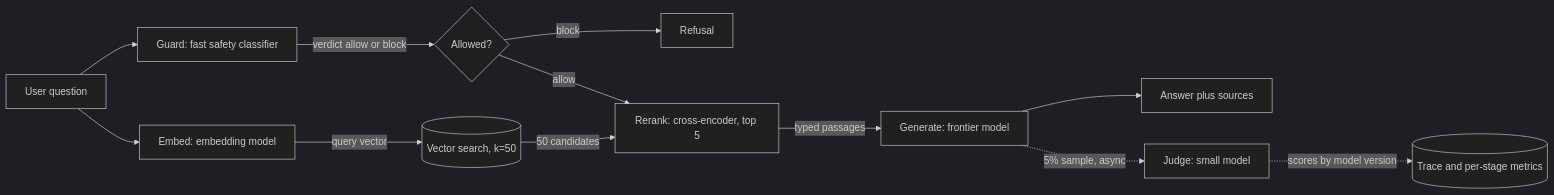
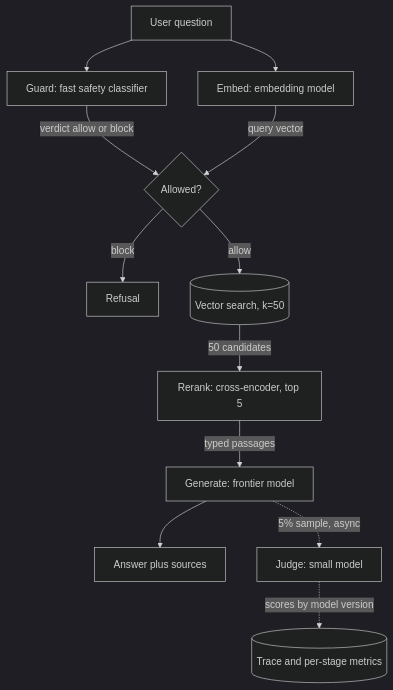
Before and after one commit to lovishmahajan97/agentic-learning: the diagram in content/system-design/multi-model-architecture.md, drawn with Mermaid (dark theme). The commit also changed other lines of this file and 81 other files, not shown here.

````diff
--- a/content/system-design/multi-model-architecture.md
+++ b/content/system-design/multi-model-architecture.md
@@ -115,14 +116,14 @@
 ```mermaid
-flowchart LR
+flowchart TD
     Q["User question"] --> G["Guard: fast safety classifier"]
     Q --> E["Embed: embedding model"]
     G -->|"verdict allow or block"| GATE{"Allowed?"}
-    E -->|"query vector"| VS[("Vector search, k=50")]
+    E -->|"query vector"| GATE
     GATE -->|"block"| REF["Refusal"]
-    GATE -->|"allow"| RR["Rerank: cross-encoder, top 5"]
-    VS -->|"50 candidates"| RR
+    GATE -->|"allow"| VS[("Vector search, k=50")]
+    VS -->|"50 candidates"| RR["Rerank: cross-encoder, top 5"]
     RR -->|"typed passages"| GEN["Generate: frontier model"]
     GEN --> A["Answer plus sources"]
     GEN -.->|"5% sample, async"| J["Judge: small model"]
     J -.->|"scores by model version"| T[("Trace and per-stage metrics")]
 ```
````
